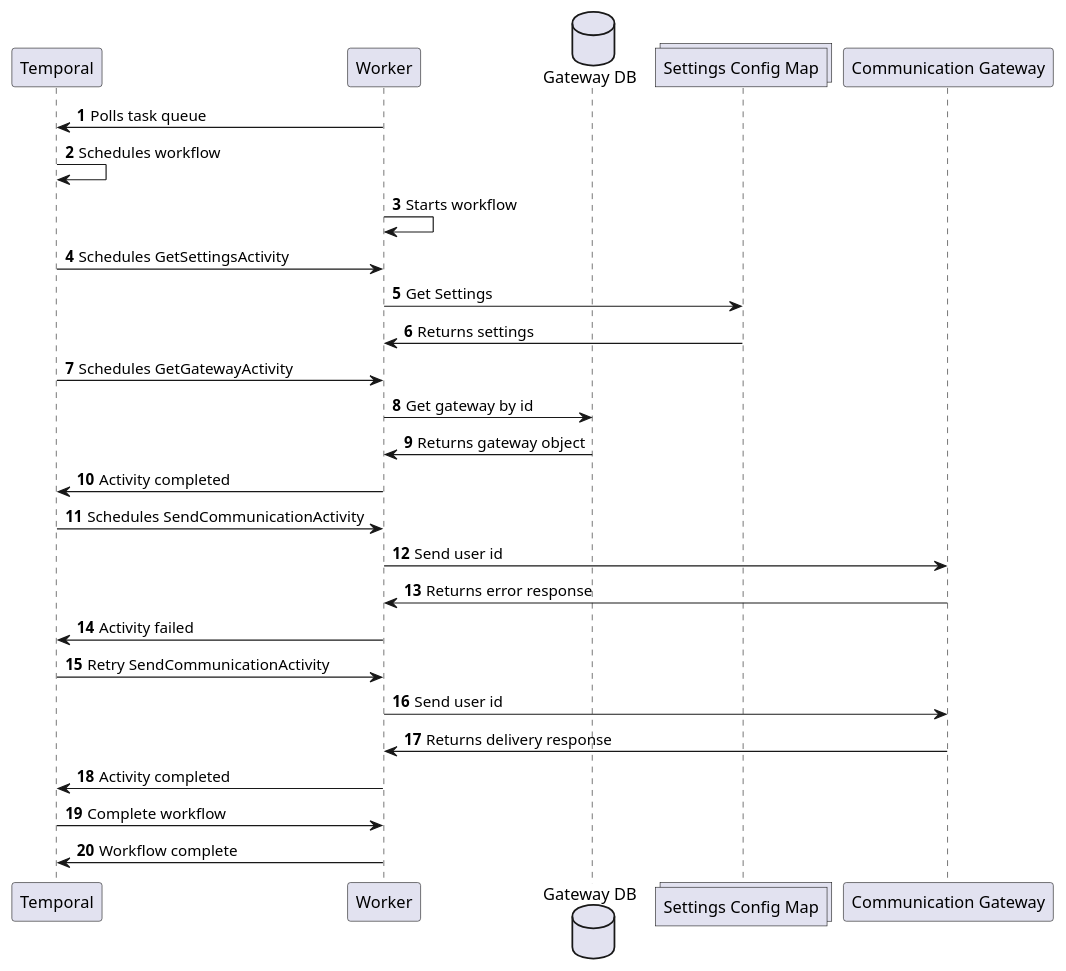
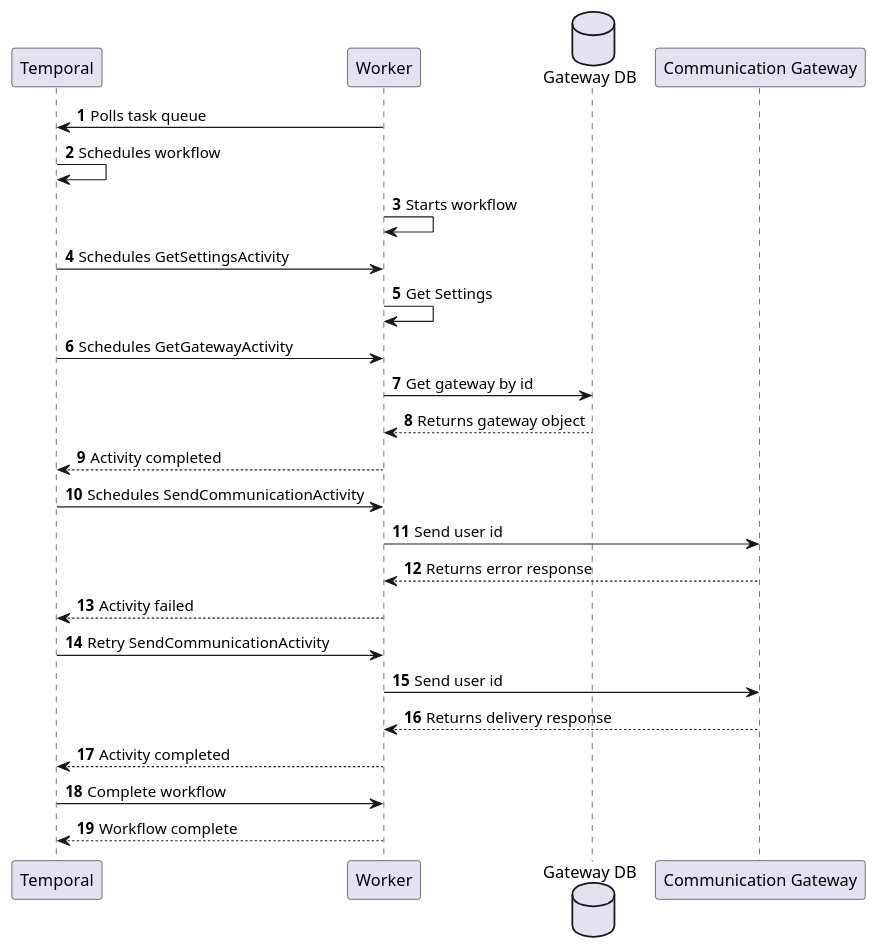
Before and after one commit to CameronWard301/communication_scheduler: the diagram in Designs/Sequence Diagrams/SendCommunicationHandleError.puml, drawn with PlantUML. The commit also changed 17 other files, not shown here.

Commit message:
Update/diagram documentation

```diff
--- a/Designs/Sequence Diagrams/SendCommunicationHandleError.puml
+++ b/Designs/Sequence Diagrams/SendCommunicationHandleError.puml
@@ -1,32 +1,30 @@
 @startuml Create New Workflow
 
 participant "Temporal" as temporal
 participant "Worker" as worker
 database "Gateway DB" as gwdb
-collections "Settings Config Map" as scfmp
 
 participant "Communication Gateway" as cgw
 
 autonumber
 
 worker -> temporal: Polls task queue
 temporal -> temporal: Schedules workflow
 worker -> worker: Starts workflow
 temporal -> worker: Schedules GetSettingsActivity
-worker -> scfmp: Get Settings
-scfmp -> worker: Returns settings
+worker -> worker: Get Settings
 temporal -> worker: Schedules GetGatewayActivity
 worker -> gwdb: Get gateway by id
-gwdb -> worker: Returns gateway object
-worker -> temporal: Activity completed
+gwdb --> worker: Returns gateway object
+worker --> temporal: Activity completed
 temporal -> worker: Schedules SendCommunicationActivity
 worker -> cgw: Send user id
-cgw -> worker: Returns error response
-worker -> temporal: Activity failed
+cgw --> worker: Returns error response
+worker --> temporal: Activity failed
 temporal -> worker: Retry SendCommunicationActivity
 worker -> cgw: Send user id
-cgw -> worker: Returns delivery response
-worker -> temporal: Activity completed
+cgw --> worker: Returns delivery response
+worker --> temporal: Activity completed
 temporal -> worker: Complete workflow
-worker-> temporal: Workflow complete
+worker --> temporal: Workflow complete
 @enduml
```
